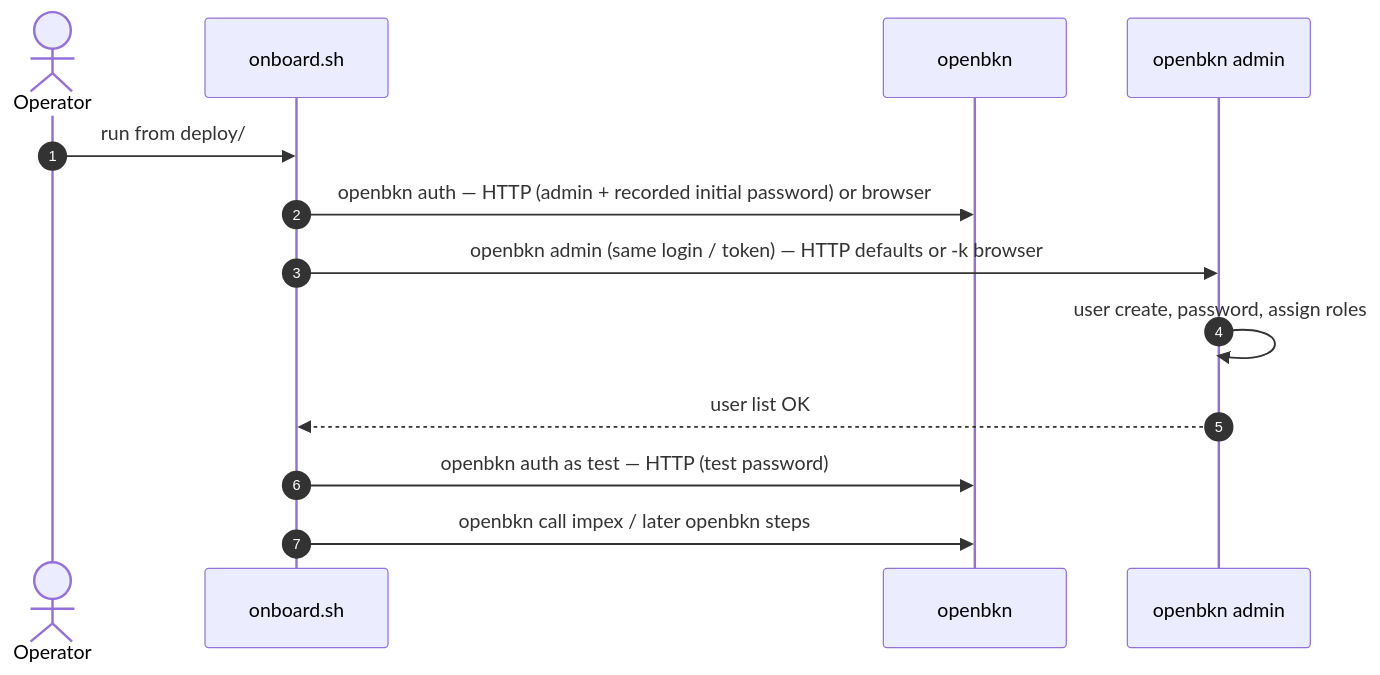
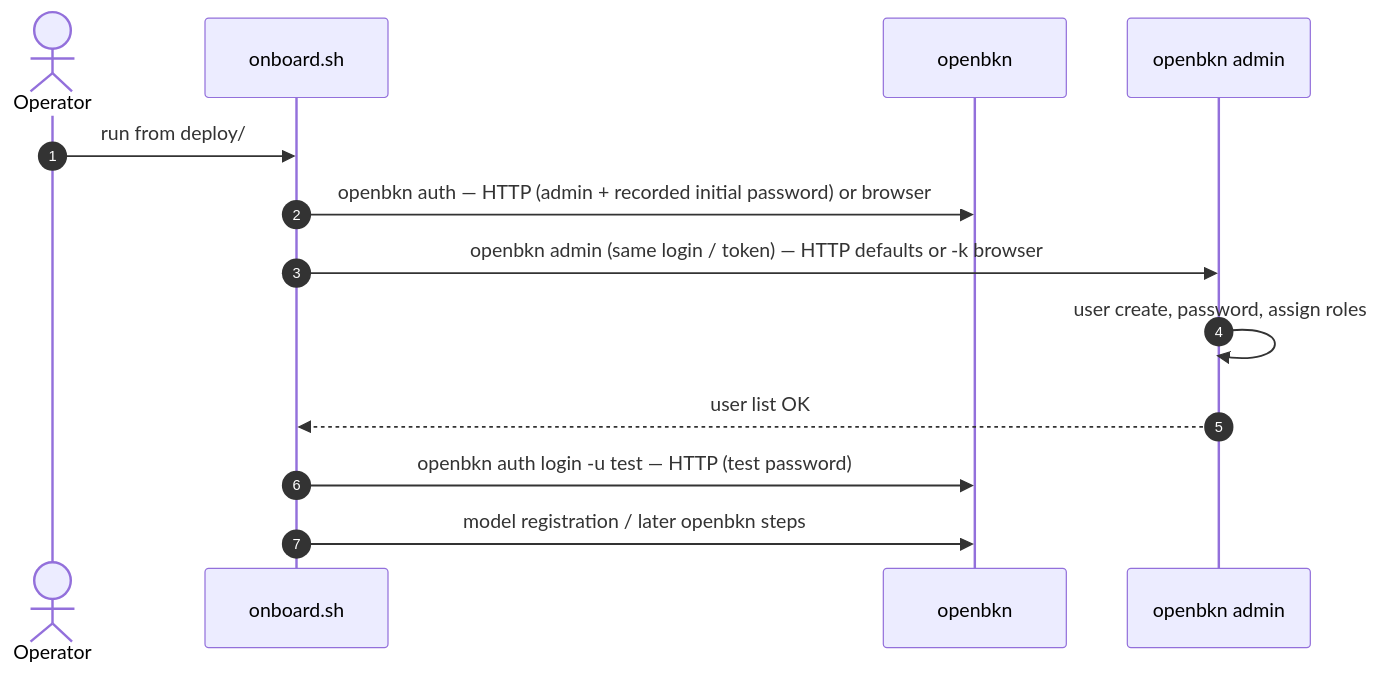
The third of 3 diagrams in help/en/install.md (gitfortian/bkn-foundry), drawn with Mermaid before and after one commit. The commit also changed other lines of this file and 7 other files, not shown here.

````diff
--- a/help/en/install.md
+++ b/help/en/install.md
@@ -329,15 +328,15 @@
 ```mermaid
 sequenceDiagram
   autonumber
   actor U as Operator
   participant O as onboard.sh
   participant K as openbkn
   participant A as openbkn admin
   U->>O: run from deploy/
   O->>K: openbkn auth — HTTP (admin + recorded initial password) or browser
   O->>A: openbkn admin (same login / token) — HTTP defaults or -k browser
   A->>A: user create, password, assign roles
   A-->>O: user list OK
-  O->>K: openbkn auth as test — HTTP (test password)
-  O->>K: openbkn call impex / later openbkn steps
+  O->>K: openbkn auth login -u test — HTTP (test password)
+  O->>K: model registration / later openbkn steps
 ```
````
